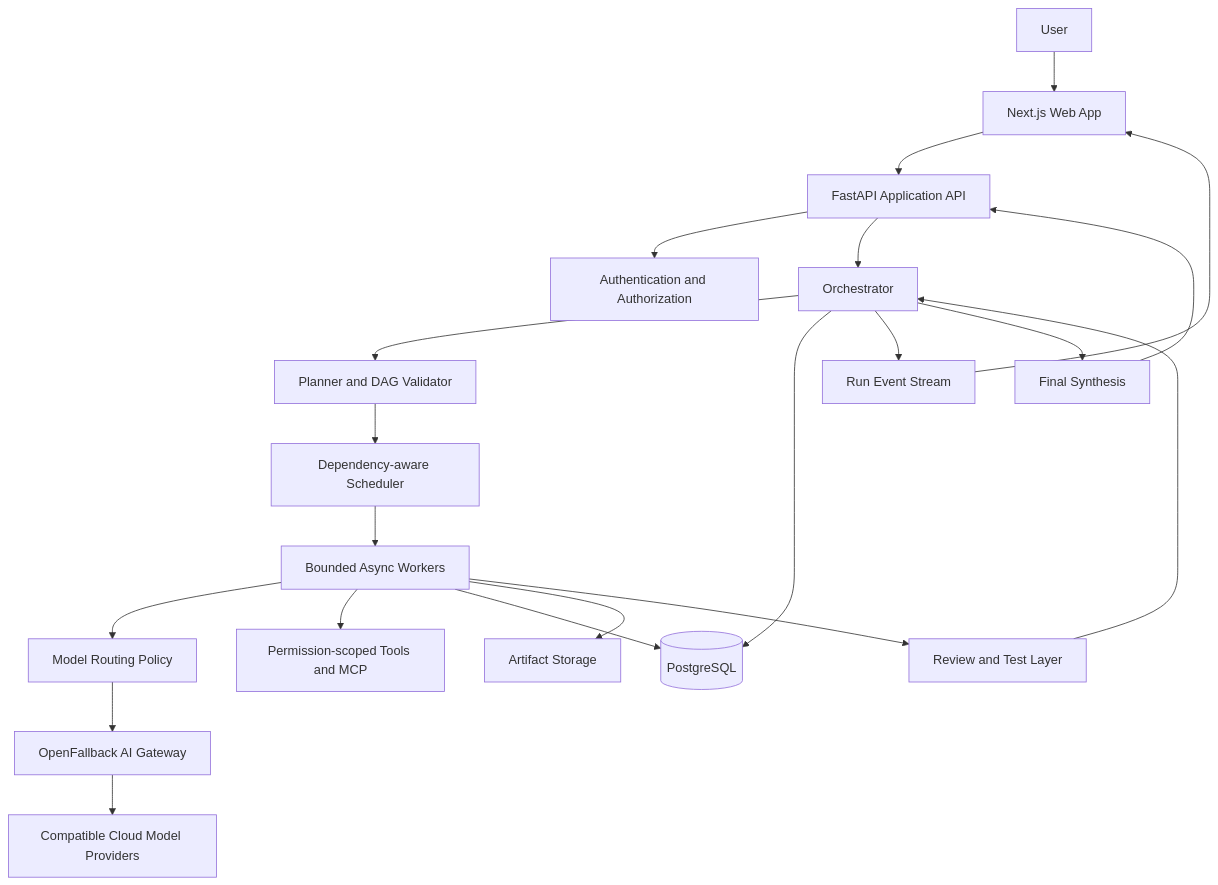
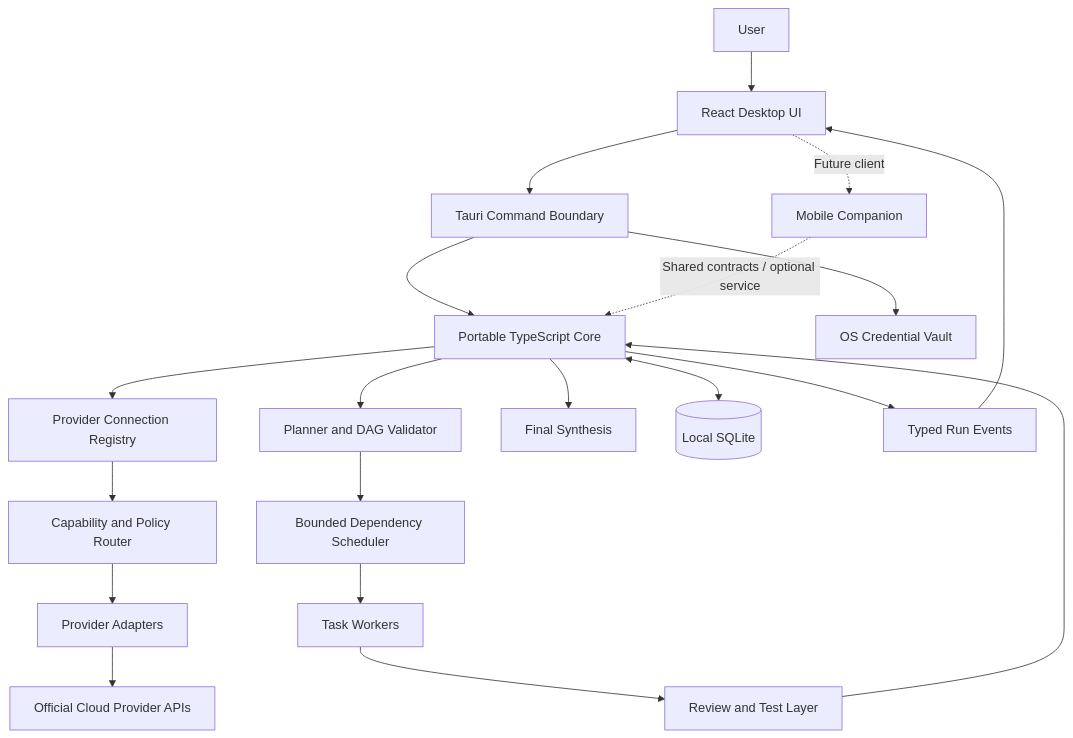
One commit to zakariasiad/OMNIMIND changed the diagram in docs/ARCHITECTURE.md. Above: the diagram before and after it, drawn with Mermaid. The commit also changed other lines of this file, not shown here.

Commit message:
docs: revise architecture for desktop-first execution

````diff
--- a/docs/ARCHITECTURE.md
+++ b/docs/ARCHITECTURE.md
@@ -9,23 +14,22 @@
 ```mermaid
 flowchart TD
-    U[User] --> UI[Next.js Web App]
-    UI --> API[FastAPI Application API]
-    API --> AUTH[Authentication and Authorization]
-    API --> ORCH[Orchestrator]
-    ORCH --> PLAN[Planner and DAG Validator]
-    PLAN --> SCHED[Dependency-aware Scheduler]
-    SCHED --> WORKERS[Bounded Async Workers]
-    WORKERS --> ROUTER[Model Routing Policy]
-    ROUTER --> GW[OpenFallback AI Gateway]
-    GW --> PROVIDERS[Compatible Cloud Model Providers]
-    WORKERS --> TOOLS[Permission-scoped Tools and MCP]
-    ORCH --> DB[(PostgreSQL)]
-    WORKERS --> DB
-    WORKERS --> ART[Artifact Storage]
-    ORCH --> EVENTS[Run Event Stream]
+    USER[User] --> UI[React Desktop UI]
+    UI --> TAURI[Tauri Command Boundary]
+    TAURI --> CORE[Portable TypeScript Core]
+    TAURI --> VAULT[OS Credential Vault]
+    CORE --> HUB[Provider Connection Registry]
+    HUB --> ROUTER[Capability and Policy Router]
+    ROUTER --> ADAPTERS[Provider Adapters]
+    ADAPTERS --> CLOUD[Official Cloud Provider APIs]
+    CORE --> PLANNER[Planner and DAG Validator]
+    PLANNER --> SCHED[Bounded Dependency Scheduler]
+    SCHED --> WORKERS[Task Workers]
+    WORKERS --> REVIEW[Review and Test Layer]
+    REVIEW --> CORE
+    CORE --> SYNTH[Final Synthesis]
+    CORE <--> DB[(Local SQLite)]
+    CORE --> EVENTS[Typed Run Events]
     EVENTS --> UI
-    WORKERS --> REVIEW[Review and Test Layer]
-    REVIEW --> ORCH
-    ORCH --> SYNTH[Final Synthesis]
-    SYNTH --> API
+    UI -. Future client .-> MOBILE[Mobile Companion]
+    MOBILE -. Shared contracts / optional service .-> CORE
 ```
````
